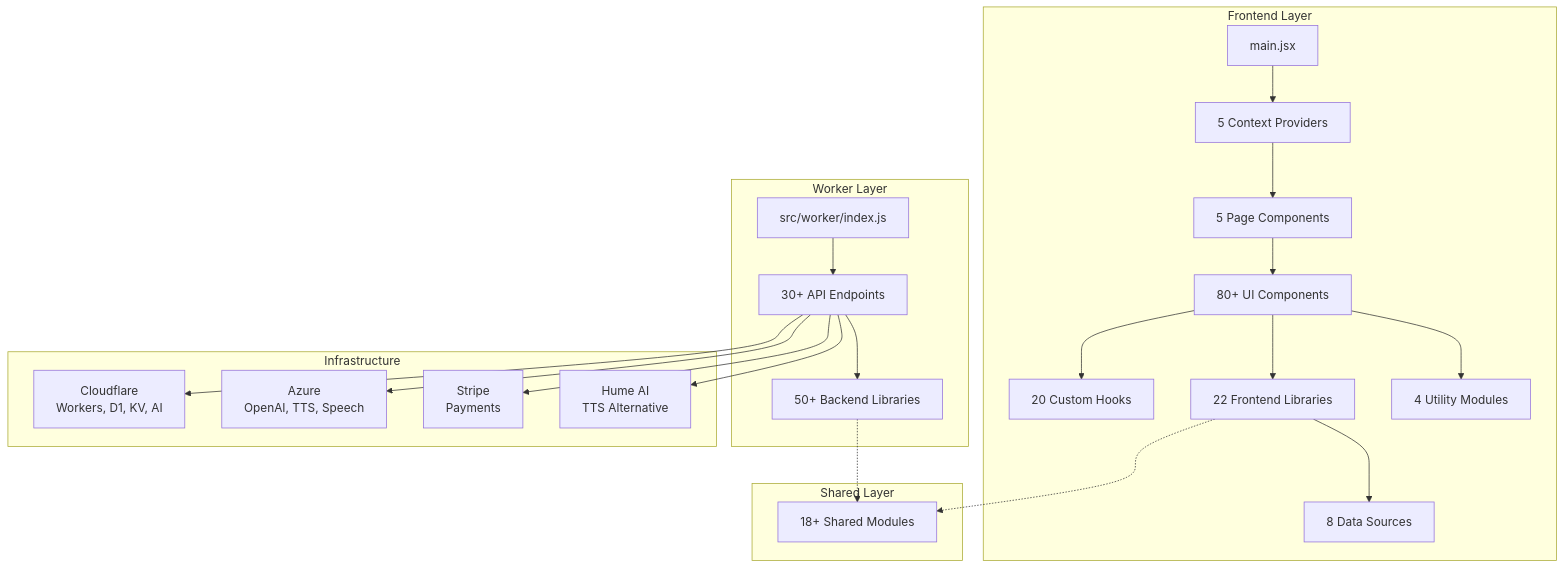
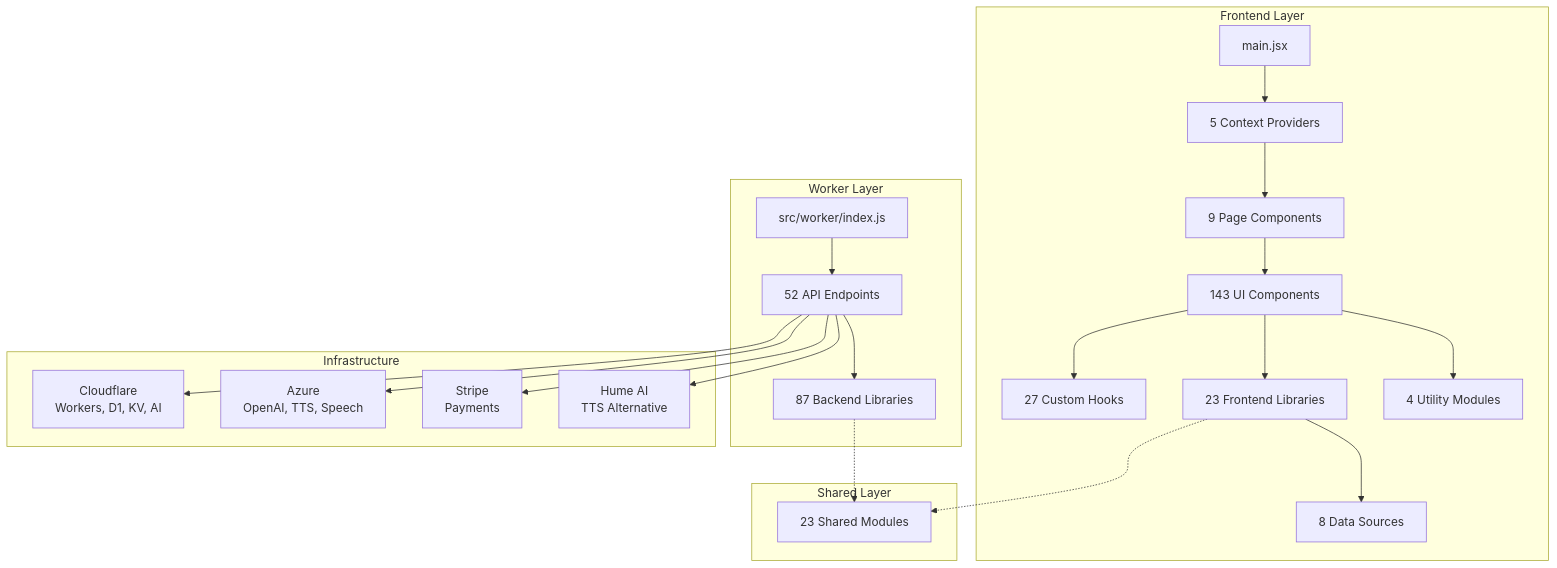
One commit to henryperkins/tarot changed diagram 18 of 19 in docs/complete-architecture-diagram.md. Above: the diagram before and after it, drawn with Mermaid. The commit also changed other lines of this file and 42 other files, not shown here.

````diff
--- a/docs/complete-architecture-diagram.md
+++ b/docs/complete-architecture-diagram.md
@@ -833,49 +857,49 @@
 ```mermaid
 graph TB
     subgraph Frontend["Frontend Layer"]
         MainJSX["main.jsx"]
         Contexts["5 Context Providers"]
-        Pages["5 Page Components"]
-        Components["80+ UI Components"]
-        Hooks["20 Custom Hooks"]
-        FrontLibs["22 Frontend Libraries"]
+        Pages["9 Page Components"]
+        Components["143 UI Components"]
+        Hooks["27 Custom Hooks"]
+        FrontLibs["23 Frontend Libraries"]
         Utils["4 Utility Modules"]
         Data["8 Data Sources"]
     end
 
     subgraph Worker["Worker Layer"]
         WorkerEntry["src/worker/index.js"]
-        APIs["30+ API Endpoints"]
-        BackendLibs["50+ Backend Libraries"]
+        APIs["52 API Endpoints"]
+        BackendLibs["87 Backend Libraries"]
     end
 
     subgraph Shared["Shared Layer"]
-        SharedMods["18+ Shared Modules"]
+        SharedMods["23 Shared Modules"]
     end
 
     subgraph Infra["Infrastructure"]
         Cloudflare["Cloudflare<br>Workers, D1, KV, AI"]
         Azure["Azure<br>OpenAI, TTS, Speech"]
         Stripe["Stripe<br>Payments"]
         Hume["Hume AI<br>TTS Alternative"]
     end
 
     MainJSX --> Contexts
     Contexts --> Pages
     Pages --> Components
     Components --> Hooks
     Components --> FrontLibs
     Components --> Utils
     FrontLibs --> Data
 
     WorkerEntry --> APIs
     APIs --> BackendLibs
 
     FrontLibs -.-> SharedMods
     BackendLibs -.-> SharedMods
 
     APIs --> Cloudflare
     APIs --> Azure
     APIs --> Stripe
     APIs --> Hume
 ```
````
